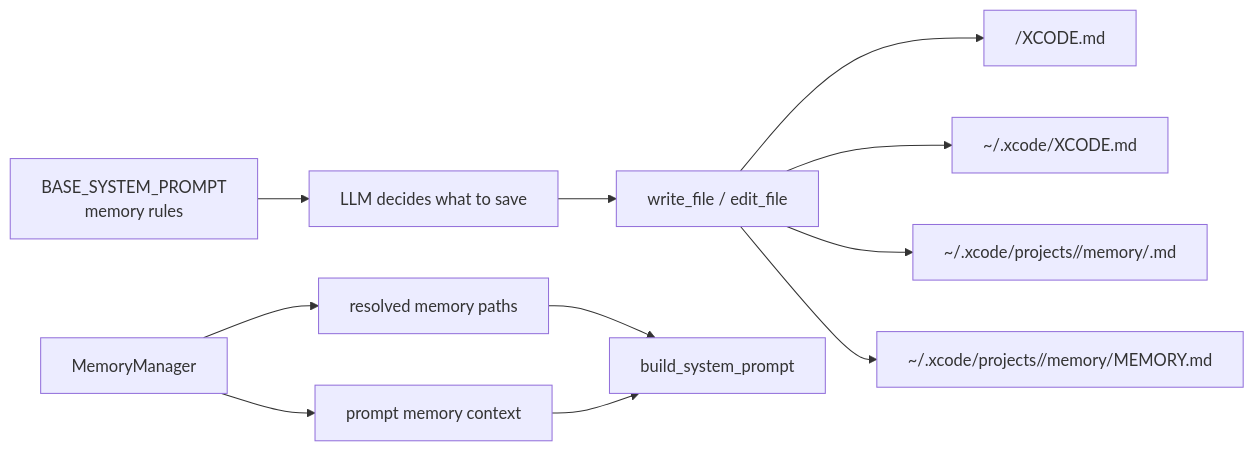
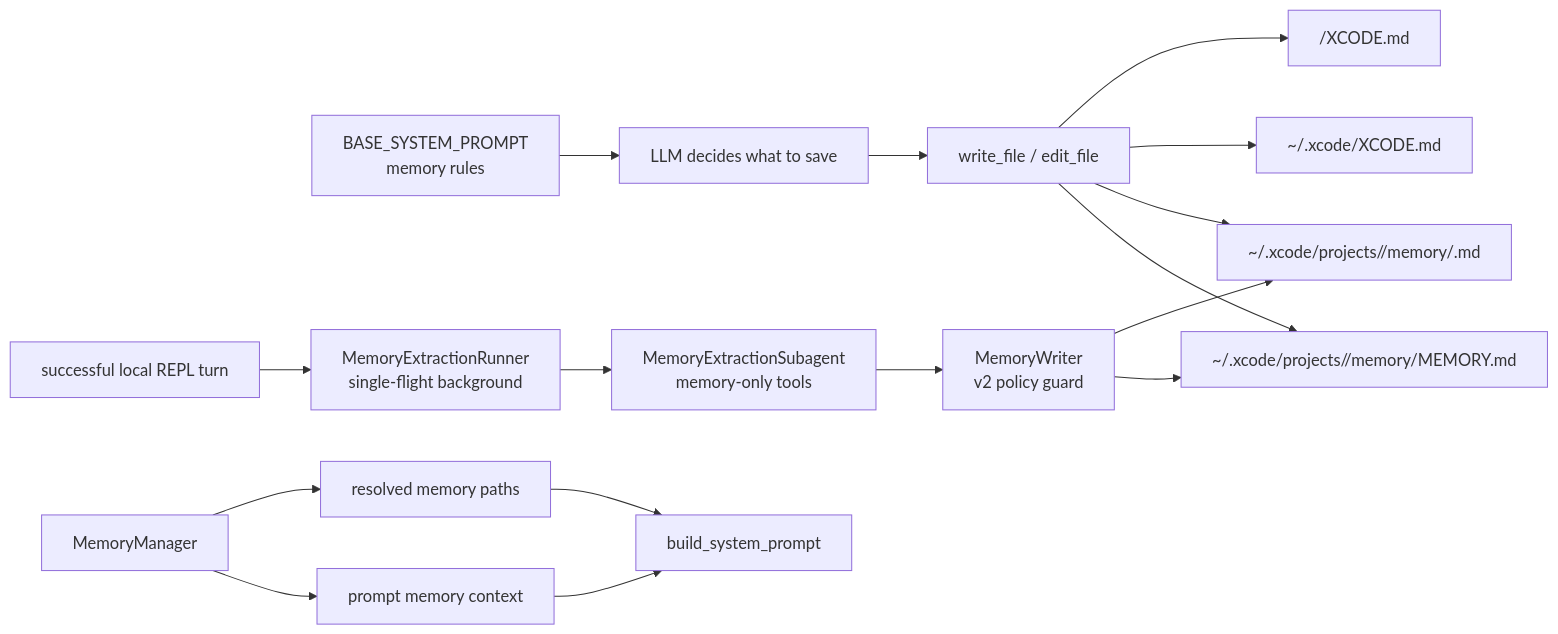
The fourth of 5 diagrams in docs/current/ARCHITECTURE.md (acofGDUT/Xcode), drawn with Mermaid before and after one commit. The commit also changed other lines of this file and 59 other files, not shown here.

Commit message:
feat: add auto memory v2 pipeline

````diff
--- a/docs/current/ARCHITECTURE.md
+++ b/docs/current/ARCHITECTURE.md
@@ -456,14 +456,20 @@
 ```mermaid
 flowchart LR
     Prompt["BASE_SYSTEM_PROMPT<br/>memory rules"] --> LLM["LLM decides what to save"]
     LLM --> FileTools["write_file / edit_file"]
     FileTools --> Project["<project>/XCODE.md"]
     FileTools --> User["~/.xcode/XCODE.md"]
     FileTools --> AutoFile["~/.xcode/projects/<project>/memory/<slug>.md"]
     FileTools --> Index["~/.xcode/projects/<project>/memory/MEMORY.md"]
 
     MemoryManager["MemoryManager"] --> Paths["resolved memory paths"]
     MemoryManager --> Context["prompt memory context"]
     Paths --> PromptBuild["build_system_prompt"]
     Context --> PromptBuild
+
+    Turn["successful local REPL turn"] --> Runner["MemoryExtractionRunner<br/>single-flight background"]
+    Runner --> Extractor["MemoryExtractionSubagent<br/>memory-only tools"]
+    Extractor --> Writer["MemoryWriter<br/>v2 policy guard"]
+    Writer --> AutoFile
+    Writer --> Index
 ```
````
